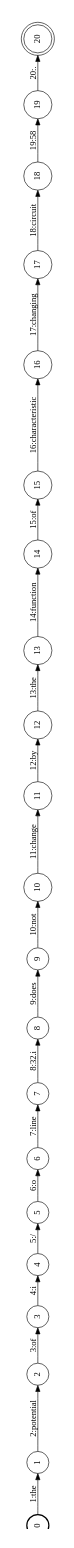
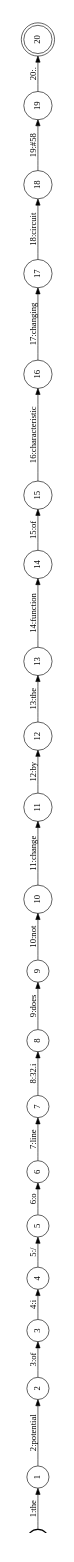
Before and after one commit to pepijnkokke/UvA-MT2-PBT: the diagram in out/task1/dev.en.3.dot, drawn with Graphviz. The commit also changed 50 other files, not shown here.

```diff
--- a/out/task1/dev.en.3.dot
+++ b/out/task1/dev.en.3.dot
@@ -1,50 +1,50 @@
 digraph FST {
 rankdir = LR;
 size = "8.5,11";
 label = "";
 center = 1;
 orientation = Landscape;
 ranksep = "0.4";
 nodesep = "0.25";
 0 [label = "0", shape = circle, style = bold, fontsize = 14]
 	0 -> 1 [label = "1:the", fontsize = 14];
 1 [label = "1", shape = circle, style = solid, fontsize = 14]
 	1 -> 2 [label = "2:potential", fontsize = 14];
 2 [label = "2", shape = circle, style = solid, fontsize = 14]
 	2 -> 3 [label = "3:of", fontsize = 14];
 3 [label = "3", shape = circle, style = solid, fontsize = 14]
 	3 -> 4 [label = "4:i", fontsize = 14];
 4 [label = "4", shape = circle, style = solid, fontsize = 14]
 	4 -> 5 [label = "5:/", fontsize = 14];
 5 [label = "5", shape = circle, style = solid, fontsize = 14]
 	5 -> 6 [label = "6:o", fontsize = 14];
 6 [label = "6", shape = circle, style = solid, fontsize = 14]
 	6 -> 7 [label = "7:line", fontsize = 14];
 7 [label = "7", shape = circle, style = solid, fontsize = 14]
 	7 -> 8 [label = "8:32.i", fontsize = 14];
 8 [label = "8", shape = circle, style = solid, fontsize = 14]
 	8 -> 9 [label = "9:does", fontsize = 14];
 9 [label = "9", shape = circle, style = solid, fontsize = 14]
 	9 -> 10 [label = "10:not", fontsize = 14];
 10 [label = "10", shape = circle, style = solid, fontsize = 14]
 	10 -> 11 [label = "11:change", fontsize = 14];
 11 [label = "11", shape = circle, style = solid, fontsize = 14]
 	11 -> 12 [label = "12:by", fontsize = 14];
 12 [label = "12", shape = circle, style = solid, fontsize = 14]
 	12 -> 13 [label = "13:the", fontsize = 14];
 13 [label = "13", shape = circle, style = solid, fontsize = 14]
 	13 -> 14 [label = "14:function", fontsize = 14];
 14 [label = "14", shape = circle, style = solid, fontsize = 14]
 	14 -> 15 [label = "15:of", fontsize = 14];
 15 [label = "15", shape = circle, style = solid, fontsize = 14]
 	15 -> 16 [label = "16:characteristic", fontsize = 14];
 16 [label = "16", shape = circle, style = solid, fontsize = 14]
 	16 -> 17 [label = "17:changing", fontsize = 14];
 17 [label = "17", shape = circle, style = solid, fontsize = 14]
 	17 -> 18 [label = "18:circuit", fontsize = 14];
 18 [label = "18", shape = circle, style = solid, fontsize = 14]
-	18 -> 19 [label = "19:58", fontsize = 14];
+	18 -> 19 [label = "19:#58", fontsize = 14];
 19 [label = "19", shape = circle, style = solid, fontsize = 14]
 	19 -> 20 [label = "20:.", fontsize = 14];
 20 [label = "20", shape = doublecircle, style = solid, fontsize = 14]
 }
```
